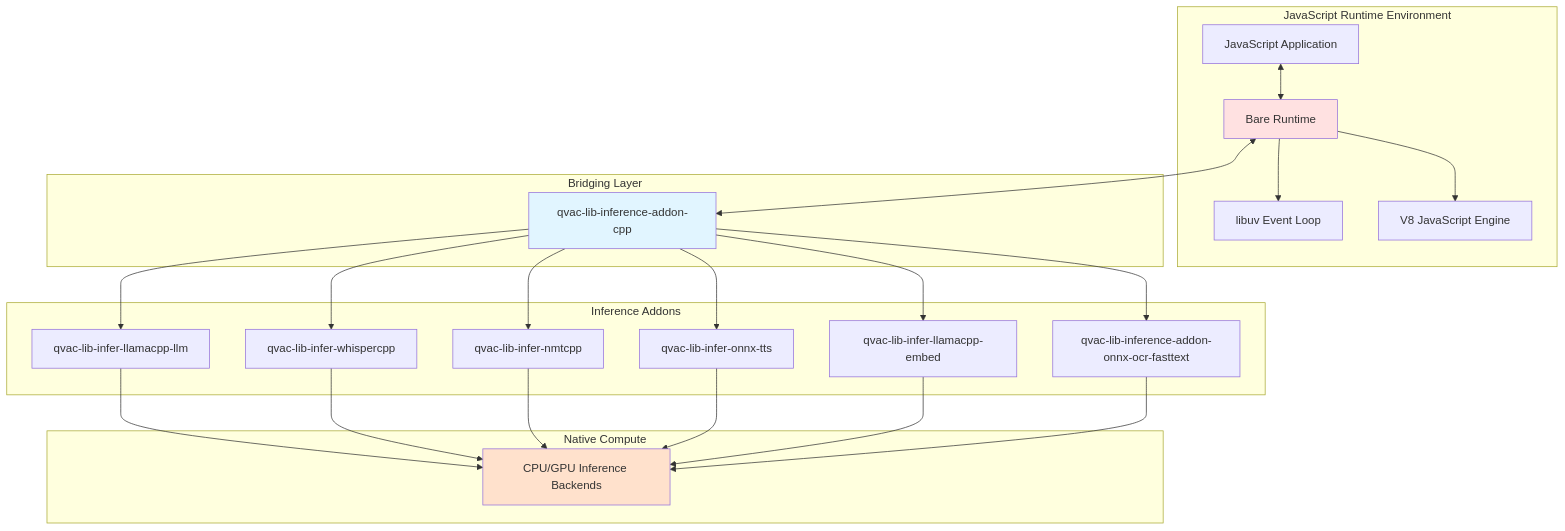
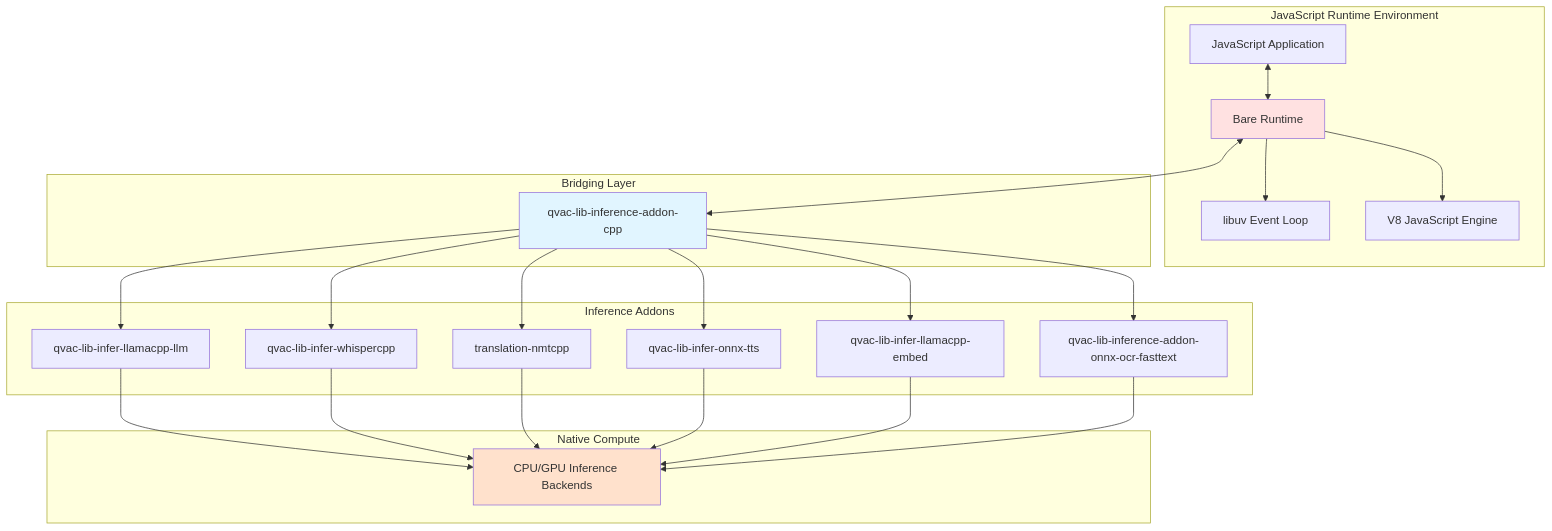
One commit to tetherto/qvac changed the first of 3 diagrams in packages/qvac-lib-inference-addon-cpp/docs/architecture.md. Above: the diagram before and after it, drawn with Mermaid. The commit also changed other lines of this file and 315 other files, not shown here.

Commit message:
chore: align paths with translation-nmtcpp pkgname

````diff
--- a/packages/qvac-lib-inference-addon-cpp/docs/architecture.md
+++ b/packages/qvac-lib-inference-addon-cpp/docs/architecture.md
@@ -86,50 +86,50 @@
 ```mermaid
 graph TB
     subgraph "JavaScript Runtime Environment"
         APP[JavaScript Application]
         BARE[Bare Runtime]
         LIBUV[libuv Event Loop]
         V8[V8 JavaScript Engine]
         
         APP <--> BARE
         BARE --> LIBUV
         BARE --> V8
     end
     
     subgraph "Bridging Layer"
         ADDON_CPP[qvac-lib-inference-addon-cpp]
     end
     
     subgraph "Inference Addons"
         LLAMA[qvac-lib-infer-llamacpp-llm]
         WHISPER[qvac-lib-infer-whispercpp]
-        NMT[qvac-lib-infer-nmtcpp]
+        NMT[translation-nmtcpp]
         TTS[qvac-lib-infer-onnx-tts]
         EMBED[qvac-lib-infer-llamacpp-embed]
         OCR[qvac-lib-inference-addon-onnx-ocr-fasttext]
     end
     
     subgraph "Native Compute"
         CPU_GPU[CPU/GPU Inference Backends]
     end
     
     BARE <--> ADDON_CPP
     
     ADDON_CPP --> LLAMA
     ADDON_CPP --> WHISPER
     ADDON_CPP --> NMT
     ADDON_CPP --> TTS
     ADDON_CPP --> EMBED
     ADDON_CPP --> OCR
     
     LLAMA --> CPU_GPU
     WHISPER --> CPU_GPU
     NMT --> CPU_GPU
     TTS --> CPU_GPU
     EMBED --> CPU_GPU
     OCR --> CPU_GPU
     
     style ADDON_CPP fill:#e1f5ff
     style BARE fill:#ffe1e1
     style CPU_GPU fill:#ffe1cc
 ```
````
